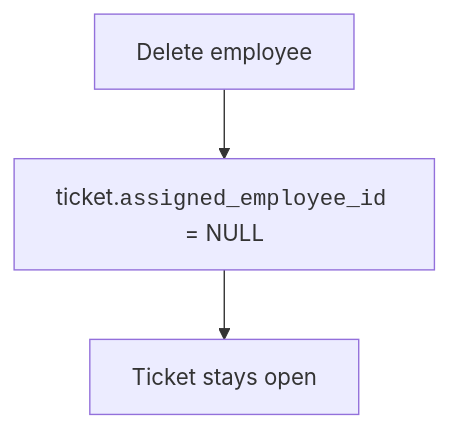
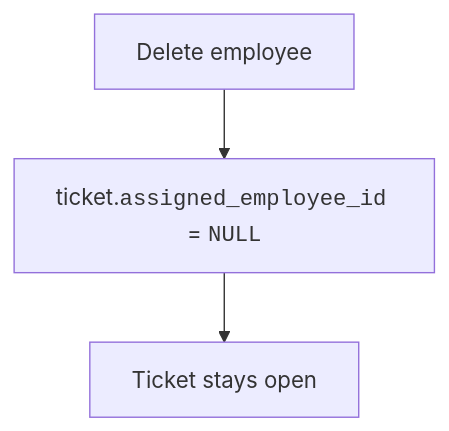
The sixth of 8 diagrams in content/courses/database-design-postgresql/referential-integrity.mdx (dataslope/dataslope), drawn with Mermaid before and after one commit. The commit also changed other lines of this file and 283 other files, not shown here.

First line of the commit message:
Diagrams as elements, not characters: fix the box model, sweep the corpus, and make syntax breakdowns a convention (#652)

````diff
--- a/content/courses/database-design-postgresql/referential-integrity.mdx
+++ b/content/courses/database-design-postgresql/referential-integrity.mdx
@@ -141,5 +151,5 @@
 ```mermaid
 flowchart TD
-    E["Delete employee"] --> T["ticket.<code>assigned_employee_id</code> = NULL"]
+    E["Delete employee"] --> T["ticket.<code>assigned_employee_id</code> = <code>NULL</code>"]
     T --> K["Ticket stays open"]
 ```
````
